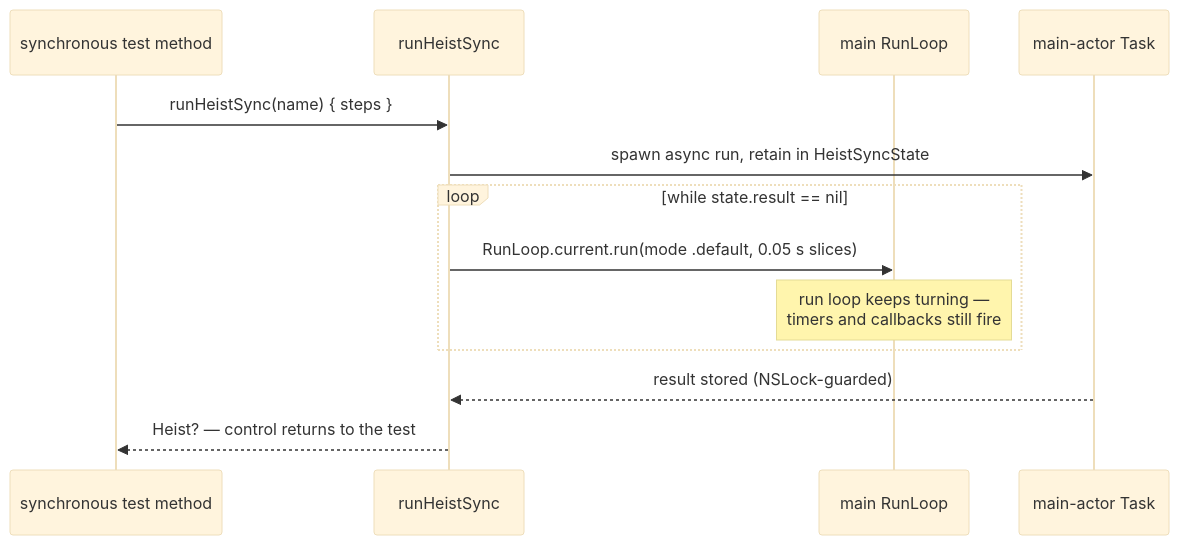
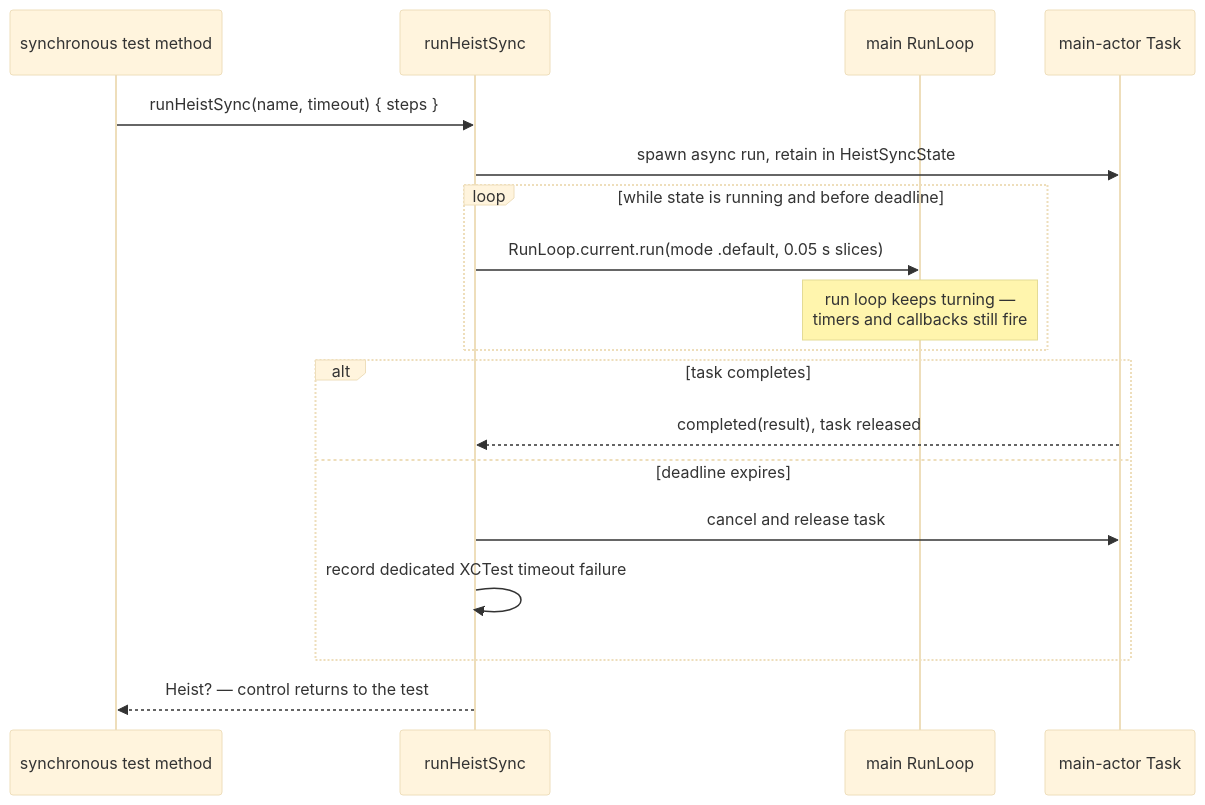
Before and after one commit to RoyalPineapple/TheButtonHeist: the second of 4 diagrams in docs/diagrams/test-entry-points.md, drawn with Mermaid (base theme). The commit also changed other lines of this file and 29 other files, not shown here.

````diff
--- a/docs/diagrams/test-entry-points.md
+++ b/docs/diagrams/test-entry-points.md
@@ -26,16 +26,21 @@
 ```mermaid
 sequenceDiagram
     participant Test as synchronous test method
     participant Sync as runHeistSync
     participant RL as main RunLoop
     participant Task as main-actor Task
 
-    Test->>Sync: runHeistSync(name) { steps }
+    Test->>Sync: runHeistSync(name, timeout) { steps }
     Sync->>Task: spawn async run, retain in HeistSyncState
-    loop while state.result == nil
+    loop while state is running and before deadline
         Sync->>RL: RunLoop.current.run(mode .default, 0.05 s slices)
         Note over RL: run loop keeps turning —<br/>timers and callbacks still fire
     end
-    Task-->>Sync: result stored (NSLock-guarded)
+    alt task completes
+        Task-->>Sync: completed(result), task released
+    else deadline expires
+        Sync->>Task: cancel and release task
+        Sync->>Sync: record dedicated XCTest timeout failure
+    end
     Sync-->>Test: Heist? — control returns to the test
 ```
````
